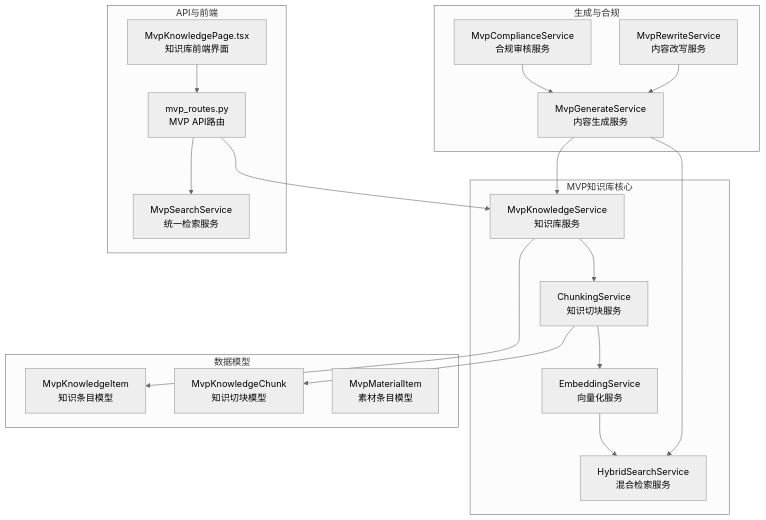
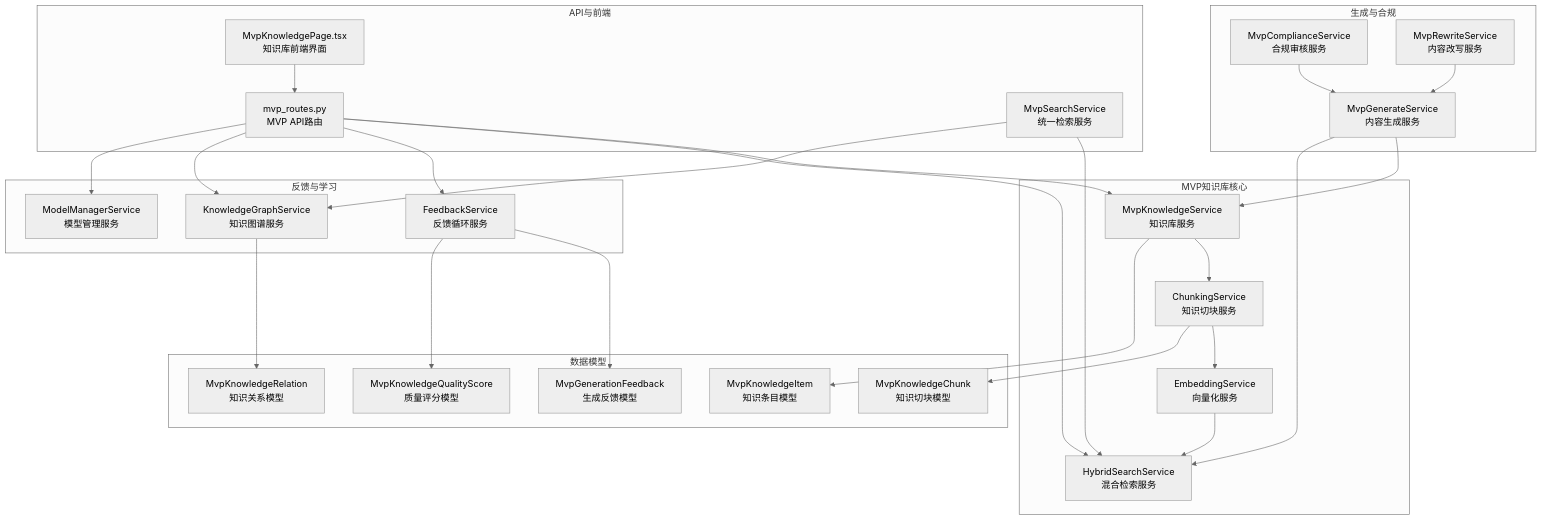
Before and after one commit to dream-ze/AI_huoke-: the first of 9 diagrams in .qoder/repowiki/zh/content/知识管理体系/知识管理体系.md, drawn with Mermaid (neutral theme). The commit also changed other lines of this file and 220 other files, not shown here.

````diff
--- a/.qoder/repowiki/zh/content/知识管理体系/知识管理体系.md
+++ b/.qoder/repowiki/zh/content/知识管理体系/知识管理体系.md
@@ -58,34 +65,49 @@
 ```mermaid
 graph TB
 subgraph "MVP知识库核心"
 A["MvpKnowledgeService<br/>知识库服务"]
 B["ChunkingService<br/>知识切块服务"]
 C["EmbeddingService<br/>向量化服务"]
 D["HybridSearchService<br/>混合检索服务"]
 end
+subgraph "反馈与学习"
+E["FeedbackService<br/>反馈循环服务"]
+F["KnowledgeGraphService<br/>知识图谱服务"]
+G["ModelManagerService<br/>模型管理服务"]
+end
 subgraph "数据模型"
-E["MvpKnowledgeItem<br/>知识条目模型"]
-F["MvpKnowledgeChunk<br/>知识切块模型"]
-G["MvpMaterialItem<br/>素材条目模型"]
+H["MvpKnowledgeItem<br/>知识条目模型"]
+I["MvpKnowledgeChunk<br/>知识切块模型"]
+J["MvpGenerationFeedback<br/>生成反馈模型"]
+K["MvpKnowledgeQualityScore<br/>质量评分模型"]
+L["MvpKnowledgeRelation<br/>知识关系模型"]
 end
 subgraph "API与前端"
-H["mvp_routes.py<br/>MVP API路由"]
-I["MvpKnowledgePage.tsx<br/>知识库前端界面"]
-J["MvpSearchService<br/>统一检索服务"]
+M["mvp_routes.py<br/>MVP API路由"]
+N["MvpKnowledgePage.tsx<br/>知识库前端界面"]
+O["MvpSearchService<br/>统一检索服务"]
 end
 subgraph "生成与合规"
-K["MvpGenerateService<br/>内容生成服务"]
-L["MvpComplianceService<br/>合规审核服务"]
-M["MvpRewriteService<br/>内容改写服务"]
+P["MvpGenerateService<br/>内容生成服务"]
+Q["MvpComplianceService<br/>合规审核服务"]
+R["MvpRewriteService<br/>内容改写服务"]
 end
 A --> B --> C --> D
-A --> E
-B --> F
-H --> A
-H --> J
-I --> H
-K --> A
-K --> D
-L --> K
-M --> K
+A --> H
+B --> I
+E --> J
+E --> K
+F --> L
+M --> A
+M --> D
+M --> E
+M --> F
+M --> G
+N --> M
+O --> D
+O --> F
+P --> A
+P --> D
+Q --> P
+R --> P
 ```
````
